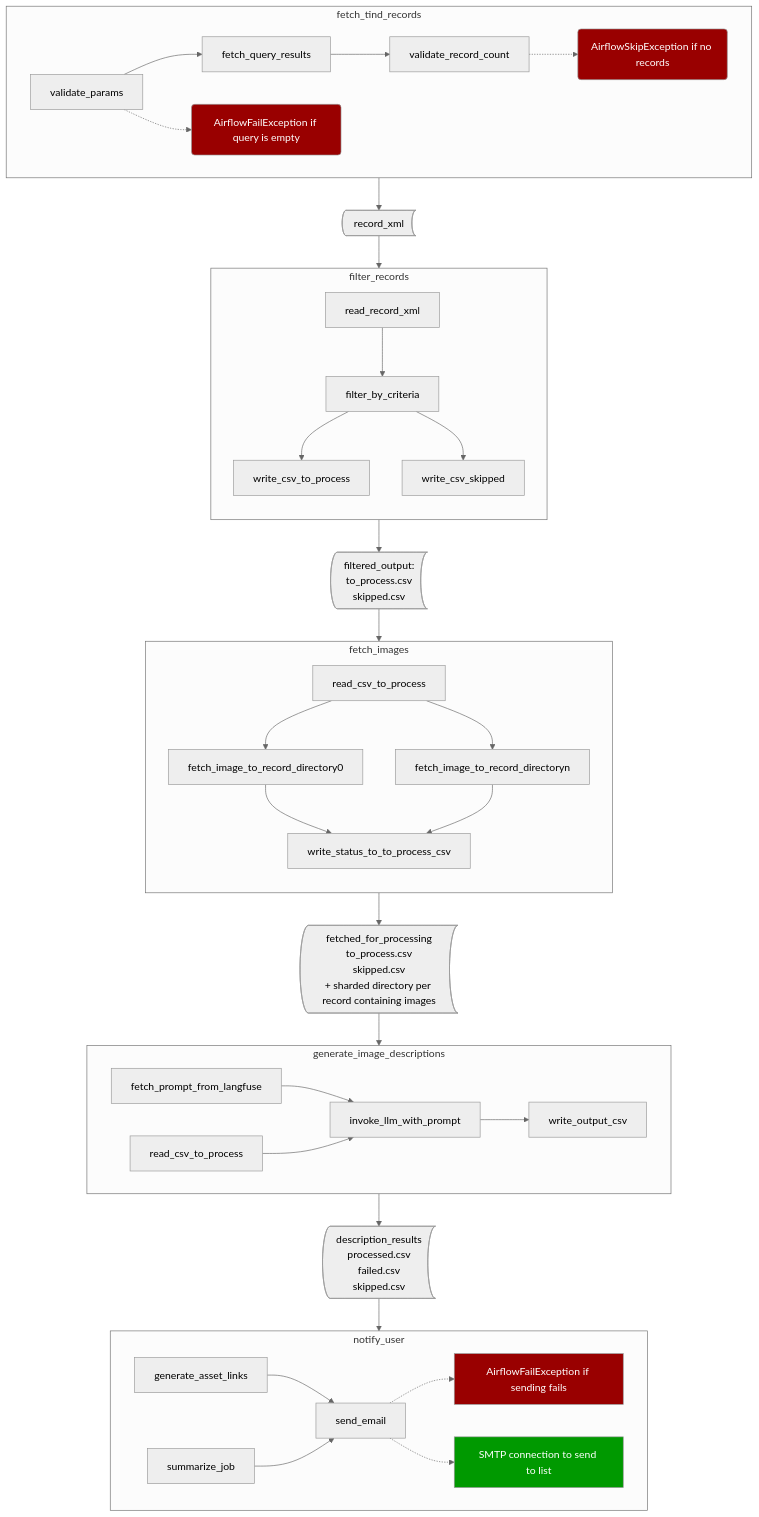
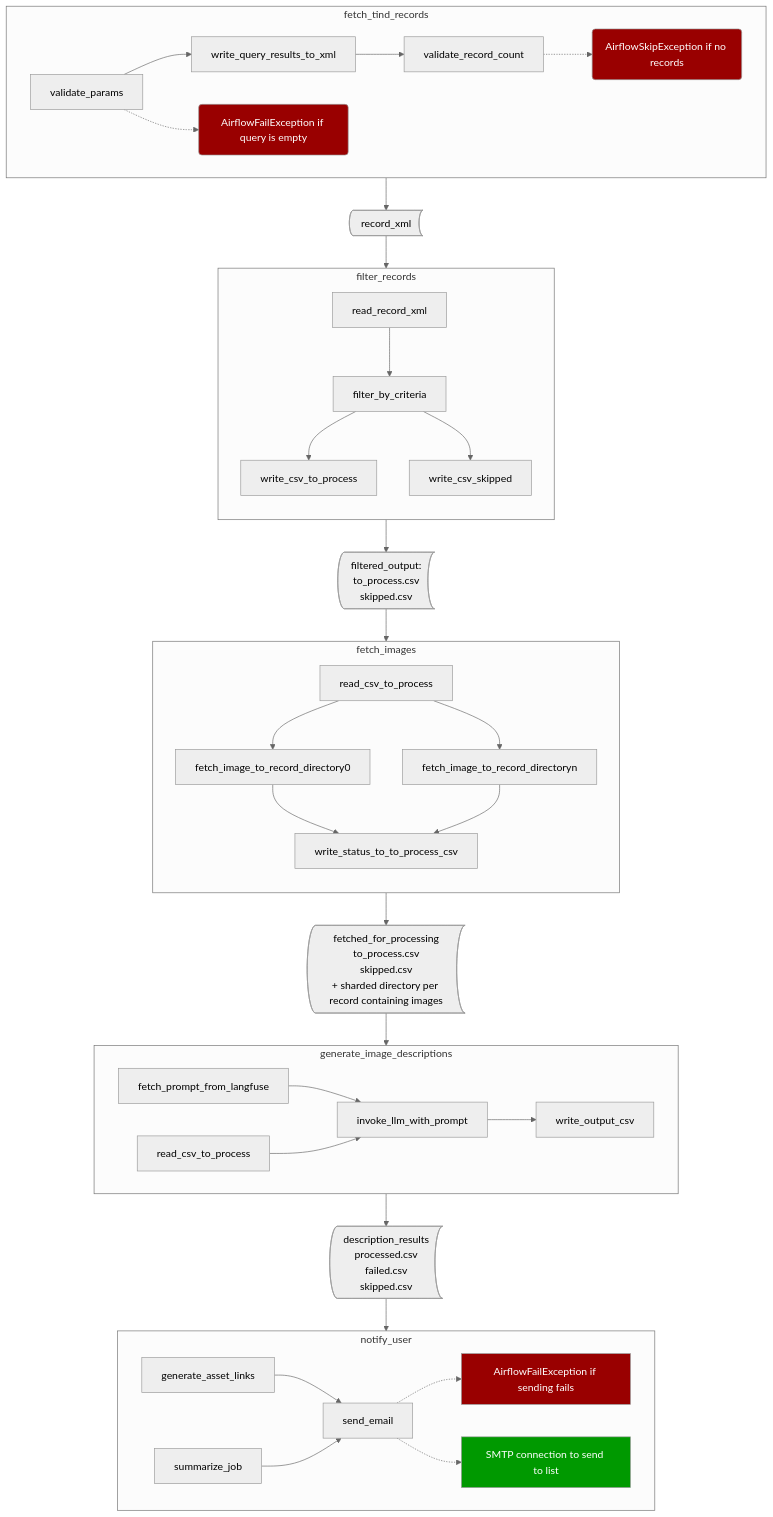
The diagram in dags/batch_image_description.md (BerkeleyLibrary/mokelumne), drawn with Mermaid (neutral theme) before and after one commit.

Commit message:
rename task

````diff
--- a/dags/batch_image_description.md
+++ b/dags/batch_image_description.md
@@ -3,39 +3,39 @@
 ```mermaid
 flowchart TB
 
     subgraph fetch_tind_records
         direction LR
-        validate_params-->fetch_query_results-->validate_record_count
+        validate_params-->write_query_results_to_xml-->validate_record_count
         
         validate_params-.->stop0("AirflowFailException if query is empty")
         validate_record_count-.->stop1("AirflowSkipException if no records")
     end
 
 
     subgraph filter_records
         direction TB
         read_record_xml --> filter_by_criteria --> write_csv_to_process & write_csv_skipped
     end
 
 
     subgraph fetch_images
         direction TB
         read_csv_to_process --> fetch_image_to_record_directory0 & fetch_image_to_record_directoryn --> write_status_to_to_process_csv
     end 
 
     subgraph generate_image_descriptions
         fetch_prompt_from_langfuse & read_csv_to_process1["read_csv_to_process"] --> invoke_llm_with_prompt --> write_output_csv
     end
 
     subgraph notify_user
         generate_asset_links & summarize_job --> send_email -.-> stop2["AirflowFailException if sending fails"] & success0["SMTP connection to send to list"]
     end
 
 
     fetch_tind_records --> record_xml@{shape: bow-rect} --> filter_records --> filtered_output@{shape: bow-rect, label: "filtered_output:\n\nto_process.csv\nskipped.csv"} -->fetch_images --> fetched_for_processing@{shape: bow-rect, label: "fetched_for_processing\n\nto_process.csv\nskipped.csv\n+ sharded directory per record containing images"}-->generate_image_descriptions -->description_results@{shape: bow-rect, label: "description_results\n\nprocessed.csv\nfailed.csv\nskipped.csv"} -->notify_user
 
     classDef stop fill: #900,color:#fff
     classDef success fill: #090,color:#fff
     class stop0,stop1,stop2 stop;
     class success0 success;
 ```
````
